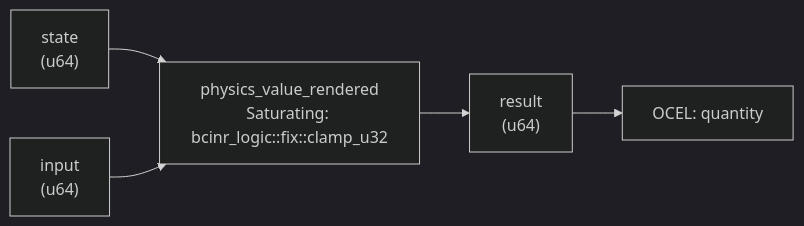
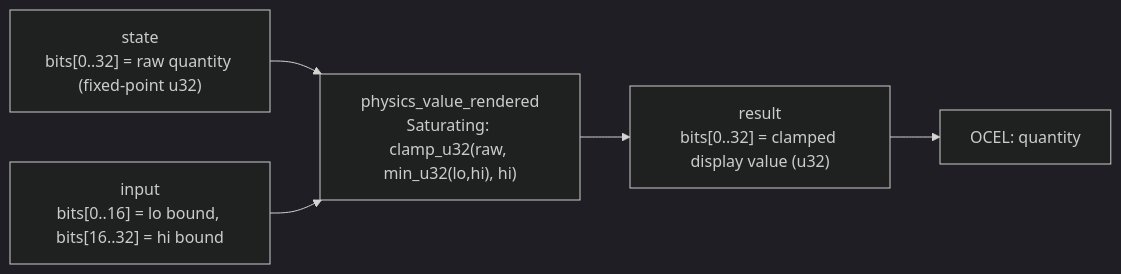
One commit to seanchatmangpt/bcinr changed the diagram in crates/wasm4games/docs/patterns/physics_value_rendered.md. Above: the diagram before and after it, drawn with Mermaid (dark theme). The commit also changed other lines of this file and 20 other files, not shown here.

````diff
--- a/crates/wasm4games/docs/patterns/physics_value_rendered.md
+++ b/crates/wasm4games/docs/patterns/physics_value_rendered.md
@@ -56,12 +38,12 @@
 ```mermaid
 graph LR
-    state["state\n(u64)"]
-    input["input\n(u64)"]
-    kernel["physics_value_rendered\nSaturating: bcinr_logic::fix::clamp_u32"]
-    result["result\n(u64)"]
+    state["state\nbits[0..32] = raw quantity (fixed-point u32)"]
+    input["input\nbits[0..16] = lo bound, bits[16..32] = hi bound"]
+    kernel["physics_value_rendered\nSaturating: clamp_u32(raw, min_u32(lo,hi), hi)"]
+    result["result\nbits[0..32] = clamped display value (u32)"]
     state --> kernel
     input --> kernel
     kernel --> result
     ocel_0["OCEL: quantity"]
     result --> ocel_0
 ```
````
